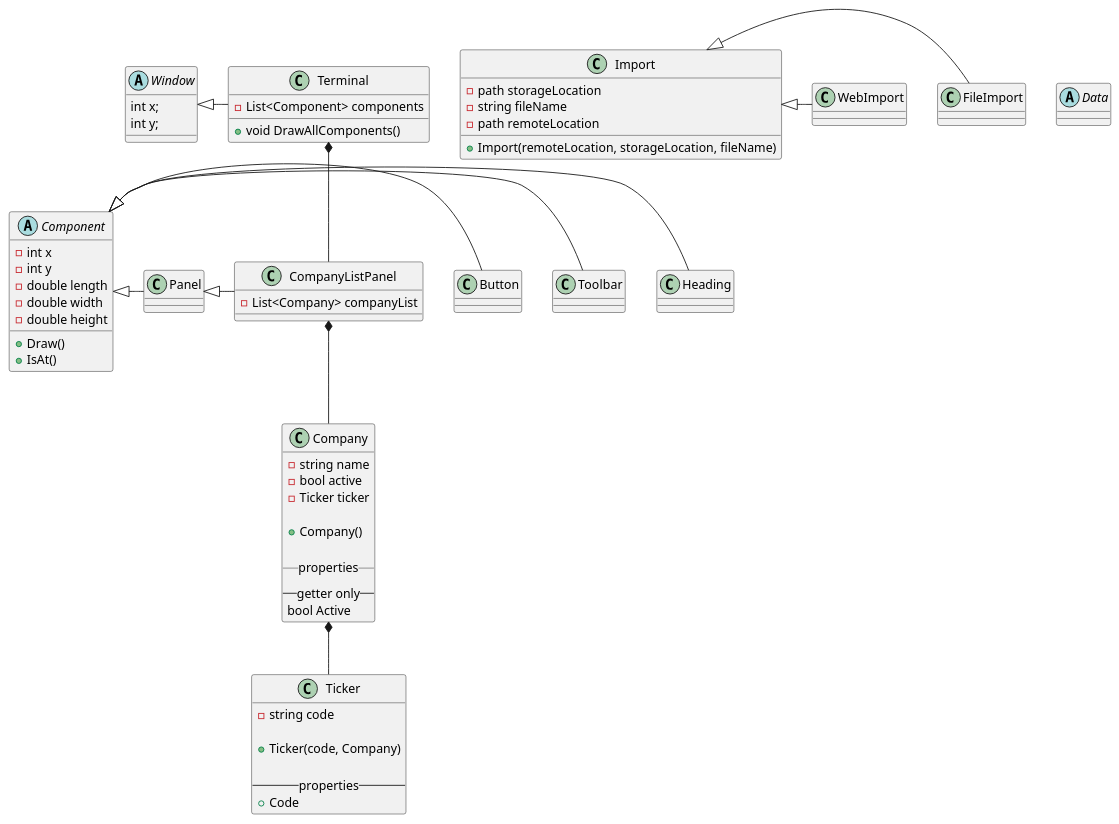
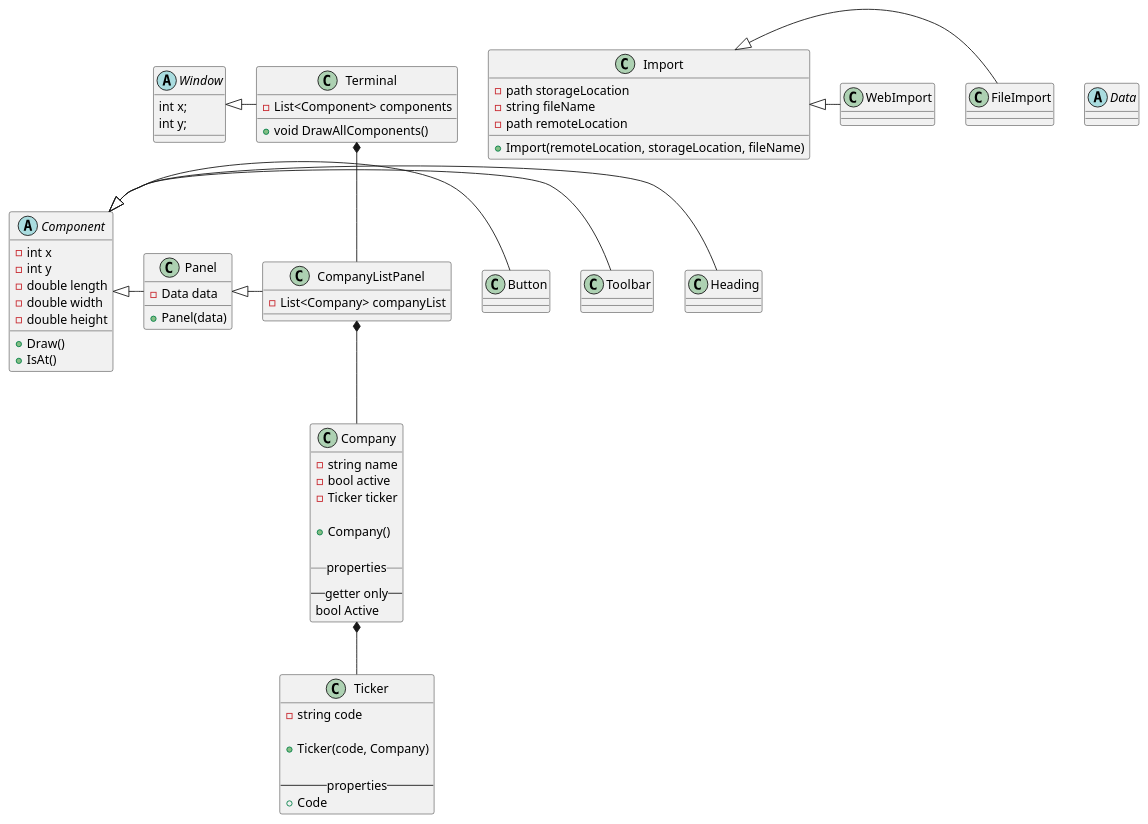
One commit to JohnVonNeumann/bloombleurgh changed the diagram in Bloombleurgh/Bloombleurgh/Program.puml. Above: the diagram before and after it, drawn with PlantUML.

Commit message:
SQUASH commit - debugging/fixes

```diff
--- a/Bloombleurgh/Bloombleurgh/Program.puml
+++ b/Bloombleurgh/Bloombleurgh/Program.puml
@@ -1,107 +1,110 @@
 @startuml
 'https://plantuml.com/class-diagram
 
 'Inheritance
 Window <|- Terminal
 Import <|- FileImport
 Import <|- WebImport
 
 
 Component <|- Heading
 Component <|- Toolbar
 Component <|- Button
 Component <|- Panel
 
 Panel <|- CompanyListPanel
 
 'Composition
 Terminal *-- CompanyListPanel
 
 CompanyListPanel *-- Company
 Company *-- Ticker
 
 'Aggregation
 
 'Used as a base class for terminal, allows for drawing and sizing
 'Implement non abstract then make it abstract
 abstract class Window {
 int x;
 int y;
 }
 
 'Implement the Terminal as one class first, then break it out into separate modules
 class Terminal {
 - List<Component> components
 
 + void DrawAllComponents()
 }
 
 abstract class Component {
 - int x
 - int y
 - double length
 - double width
 - double height
 
 + Draw()
 'Probably want some sort of polymorphic IsAt to handle all styles of rect
 + IsAt()
 }
 
 class Heading {}
 
 class Toolbar {
 }
 
 class Button {
 }
 
 class Panel {
+- Data data
+
++ Panel(data)
 }
 
 class CompanyListPanel {
 - List<Company> companyList
 }
 
 'Perhaps fuck the import stuff, just use existing input files to start
 'Dont bother with having an independent way to call new files, just populate
 'from a data directory until everything is working, then add on as a bonus
 class Import {
 - path storageLocation
 - string fileName
 - path remoteLocation
 
 + Import(remoteLocation, storageLocation, fileName)
 }
 
 class FileImport {
 }
 
 class WebImport {
 }
 
 class Company {
 - string name
 - bool active
 - Ticker ticker
 
 + Company()
 
 __properties__
 --getter only--
 bool Active
 }
 
 class Ticker {
 - string code
 
 + Ticker(code, Company)
 
 --properties--
 + Code
 }
 
 abstract class Data {
 }
 
 @enduml
```
